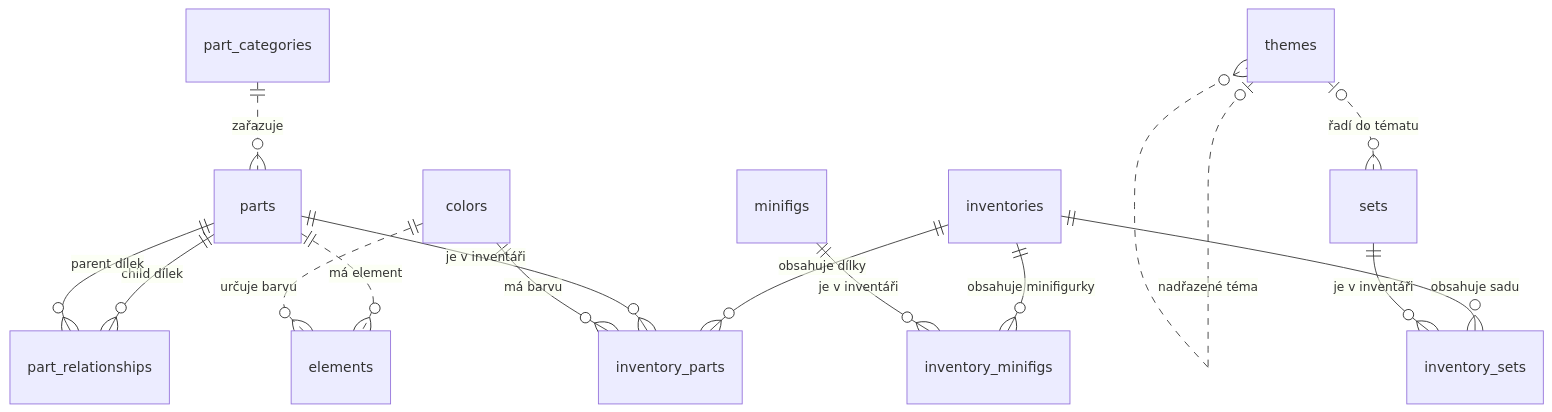
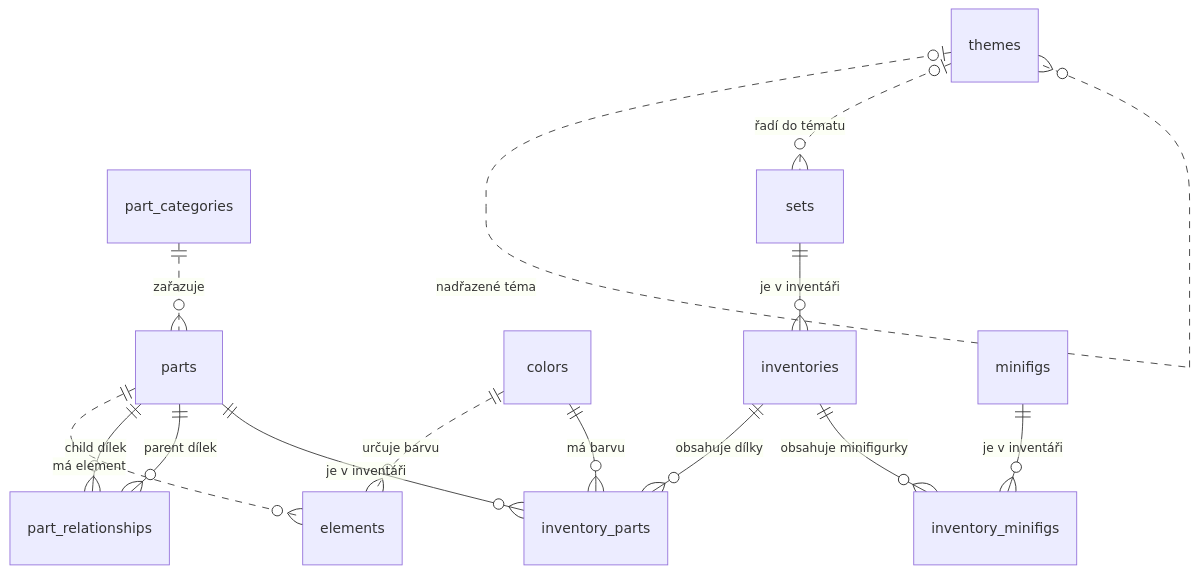
The diagram in lego/LEGO Database – průvodce pro studenty.md (rene-moyzes-vsb/DS-2026-vyuka-na-ucebnach), drawn with Mermaid before and after one commit. The commit also changed other lines of this file and 7 other files, not shown here.

````diff
--- a/lego/LEGO Database – průvodce pro studenty.md
+++ b/lego/LEGO Database – průvodce pro studenty.md
@@ -52,17 +54,16 @@
 ```mermaid
 erDiagram
     part_categories ||..o{ parts : "zařazuje"
     parts ||..o{ elements : "má element"
     colors ||..o{ elements : "určuje barvu"
     parts ||--o{ part_relationships : "child dílek"
     parts ||--o{ part_relationships : "parent dílek"
     themes |o..o{ themes : "nadřazené téma"
     themes |o..o{ sets : "řadí do tématu"
     inventories ||--o{ inventory_parts : "obsahuje dílky"
     parts ||--o{ inventory_parts : "je v inventáři"
     colors ||--o{ inventory_parts : "má barvu"
     inventories ||--o{ inventory_minifigs : "obsahuje minifigurky"
     minifigs ||--o{ inventory_minifigs : "je v inventáři"
-    inventories ||--o{ inventory_sets : "obsahuje sadu"
-    sets ||--o{ inventory_sets : "je v inventáři"
+    sets ||--o{ inventories : "je v inventáři"
 ```
````
